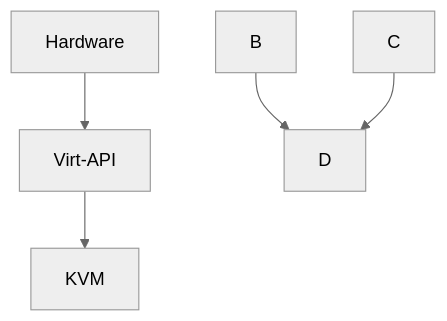
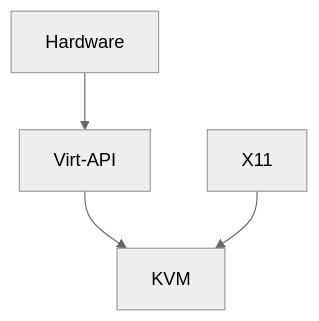
The diagram in linux/README.md (Regyl/KnowledgeDB), drawn with Mermaid (neutral theme) before and after one commit.

````diff
--- a/linux/README.md
+++ b/linux/README.md
@@ -8,7 +8,6 @@
 ```mermaid
   graph TD;
       Hardware --> Virt-API;
       Virt-API --> KVM;
-      B-->D;
-      C-->D;
+      X11 --> KVM;
 ```
````
